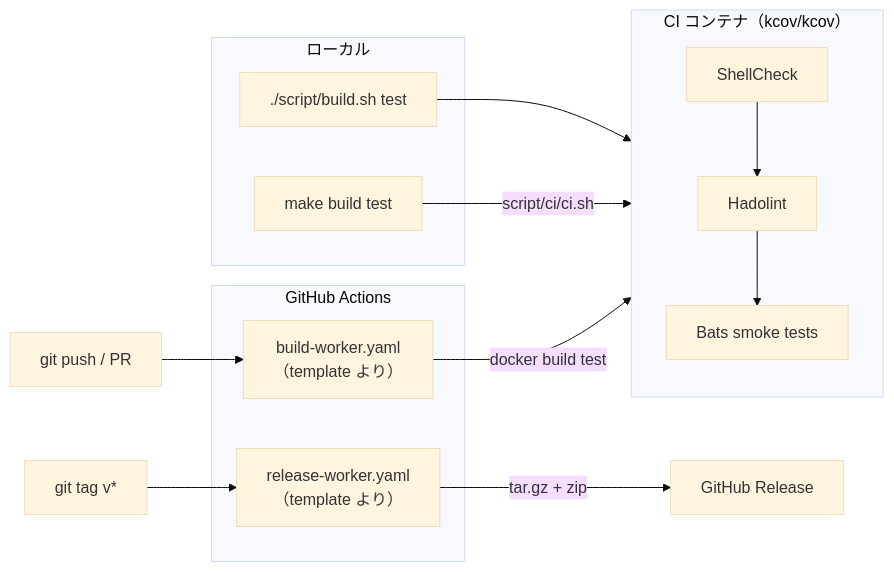
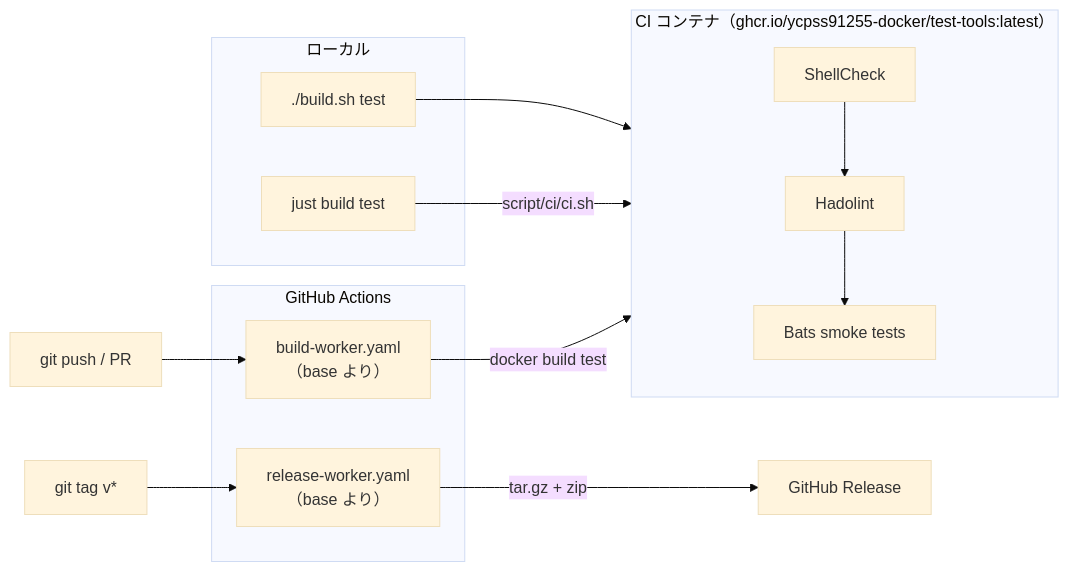
The second of 2 diagrams in .base/doc/readme/README.ja.md (ycpss91255-docker/isaac), drawn with Mermaid (base theme) before and after one commit. The commit also changed other lines of this file and 69 other files, not shown here.

First line of the commit message:
chore(base): upgrade .base subtree v0.40.0 -> v0.41.0 (make->just, runtime.env retired) (#124)

````diff
--- a/.base/doc/readme/README.ja.md
+++ b/.base/doc/readme/README.ja.md
@@ -81,27 +81,27 @@
 ```mermaid
 flowchart LR
     subgraph local["ローカル"]
-        build_test["./script/build.sh test"]
-        make_test["make build test"]
+        build_test["./build.sh test"]
+        make_test["just build test"]
     end
 
-    subgraph ci_container["CI コンテナ（kcov/kcov）"]
+    subgraph ci_container["CI コンテナ（ghcr.io/ycpss91255-docker/test-tools:latest）"]
         shellcheck["ShellCheck"]
         hadolint["Hadolint"]
         bats["Bats smoke tests"]
     end
 
     subgraph github["GitHub Actions"]
-        build_worker["build-worker.yaml<br/>（template より）"]
-        release_worker["release-worker.yaml<br/>（template より）"]
+        build_worker["build-worker.yaml<br/>（base より）"]
+        release_worker["release-worker.yaml<br/>（base より）"]
     end
 
     build_test --> ci_container
     make_test -->|"script/ci/ci.sh"| ci_container
     shellcheck --> hadolint --> bats
 
     push["git push / PR"] --> build_worker
     build_worker -->|"docker build test"| ci_container
     tag["git tag v*"] --> release_worker
     release_worker -->|"tar.gz + zip"| release["GitHub Release"]
 ```
````
